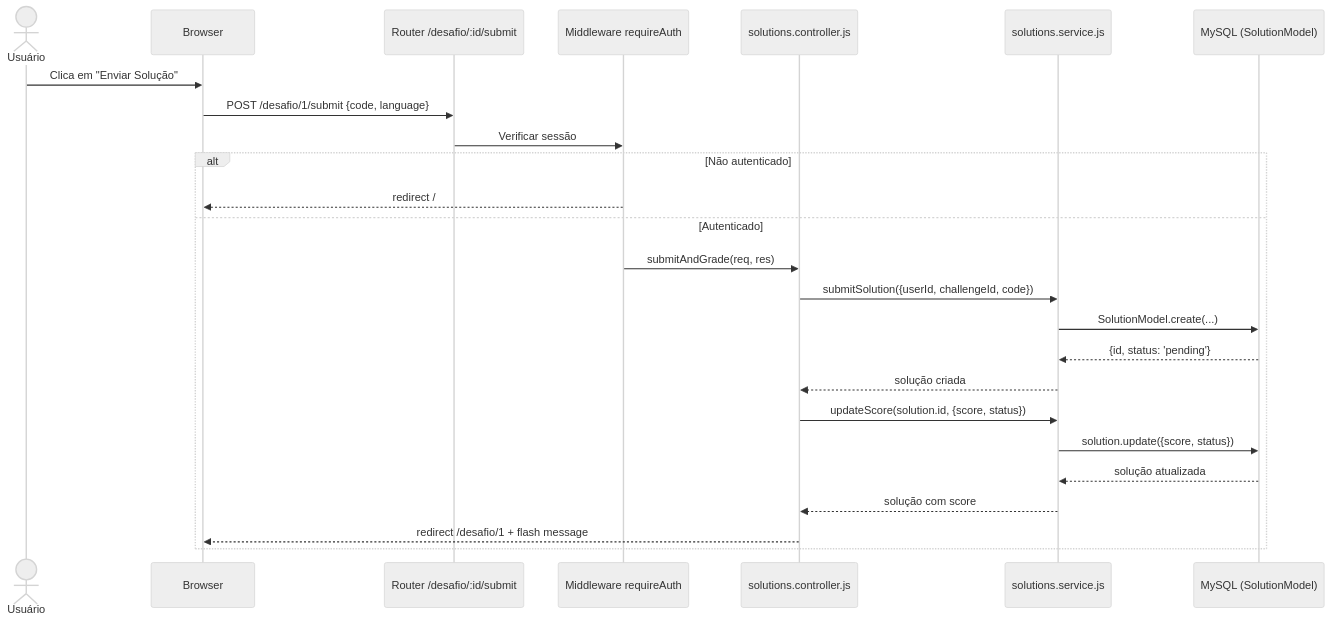
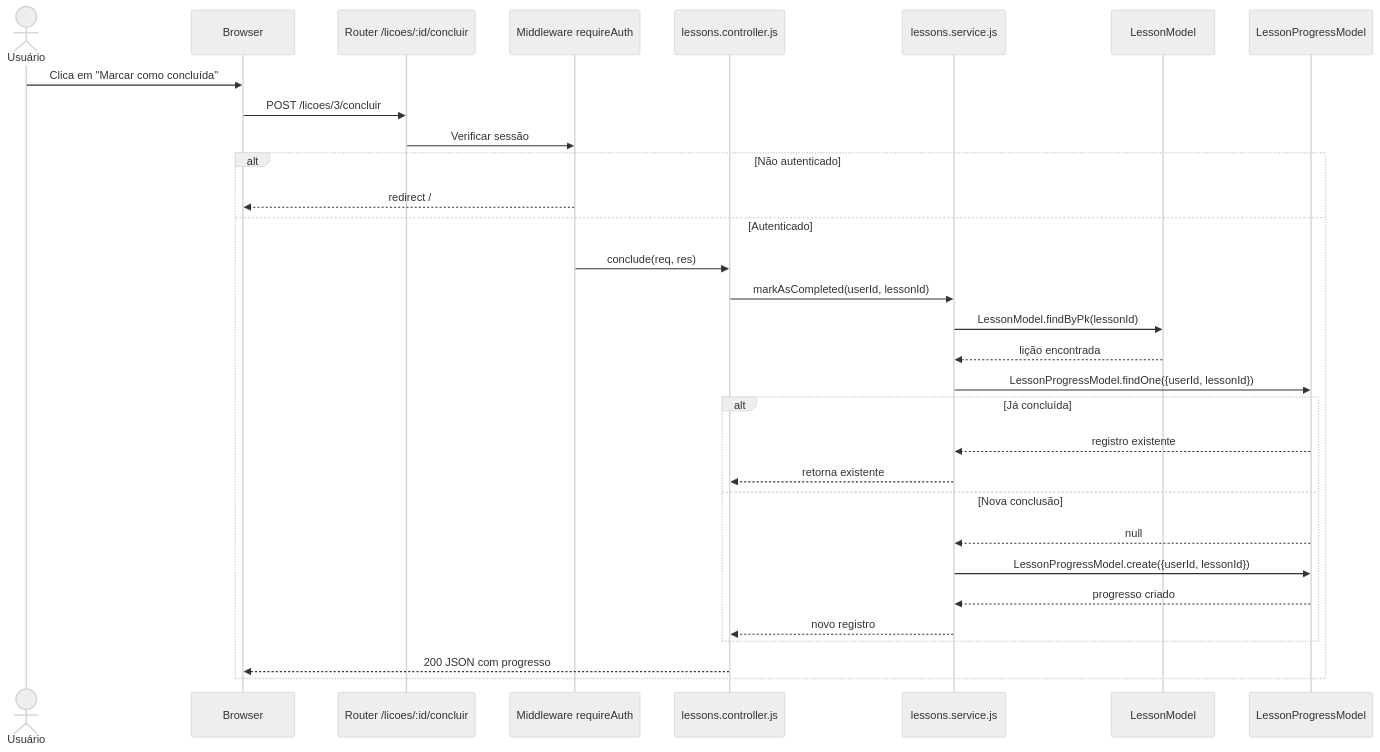
Before and after one commit to amandhakae/CodeLab: the first of 2 diagrams in RELATORIO_N3.md, drawn with Mermaid (neutral theme). The commit also changed other lines of this file and 50 other files, not shown here.

Commit message:
implementa SkillUp: cadastro de licoes e marcacao como concluidas

````diff
--- a/RELATORIO_N3.md
+++ b/RELATORIO_N3.md
@@ -135,28 +133,34 @@
 ```mermaid
 sequenceDiagram
     actor U as Usuário
     participant B as Browser
-    participant R as Router /desafio/:id/submit
+    participant R as Router /licoes/:id/concluir
     participant M as Middleware requireAuth
-    participant C as solutions.controller.js
-    participant S as solutions.service.js
-    participant DB as MySQL (SolutionModel)
+    participant C as lessons.controller.js
+    participant S as lessons.service.js
+    participant L as LessonModel
+    participant P as LessonProgressModel
 
-    U->>B: Clica em "Enviar Solução"
-    B->>R: POST /desafio/1/submit {code, language}
+    U->>B: Clica em "Marcar como concluída"
+    B->>R: POST /licoes/3/concluir
     R->>M: Verificar sessão
     alt Não autenticado
         M-->>B: redirect /
     else Autenticado
-        M->>C: submitAndGrade(req, res)
-        C->>S: submitSolution({userId, challengeId, code})
-        S->>DB: SolutionModel.create(...)
-        DB-->>S: {id, status: 'pending'}
-        S-->>C: solução criada
-        C->>S: updateScore(solution.id, {score, status})
-        S->>DB: solution.update({score, status})
-        DB-->>S: solução atualizada
-        S-->>C: solução com score
-        C-->>B: redirect /desafio/1 + flash message
+        M->>C: conclude(req, res)
+        C->>S: markAsCompleted(userId, lessonId)
+        S->>L: LessonModel.findByPk(lessonId)
+        L-->>S: lição encontrada
+        S->>P: LessonProgressModel.findOne({userId, lessonId})
+        alt Já concluída
+            P-->>S: registro existente
+            S-->>C: retorna existente
+        else Nova conclusão
+            P-->>S: null
+            S->>P: LessonProgressModel.create({userId, lessonId})
+            P-->>S: progresso criado
+            S-->>C: novo registro
+        end
+        C-->>B: 200 JSON com progresso
     end
 ```
````
